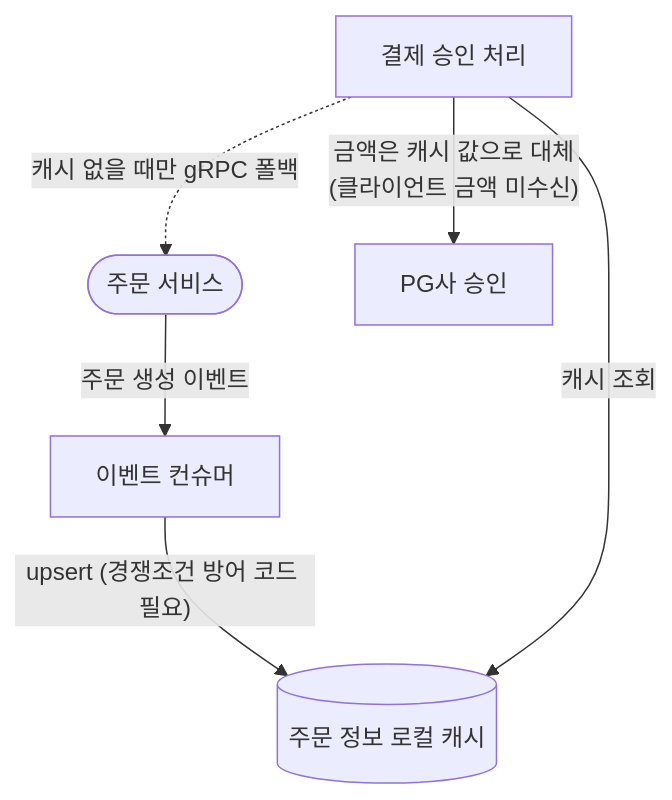
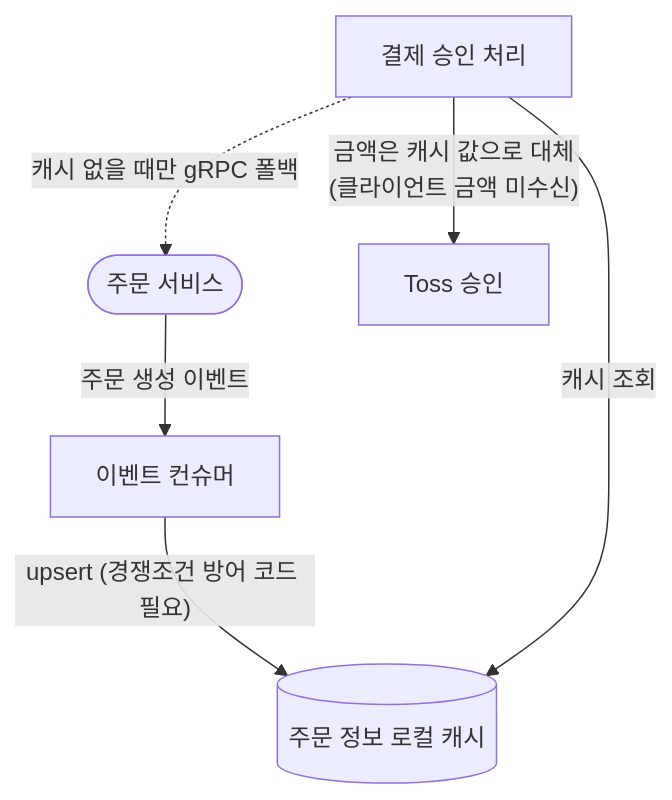
One commit to Jinpyo-An/Jinpyo-An.github.io changed the first of 2 diagrams in src/content/projects/project-1/troubleshooting/order-verification-cache-to-grpc/index.md. Above: the diagram before and after it, drawn with Mermaid. The commit also changed other lines of this file and 5 other files, not shown here.

````diff
--- a/src/content/projects/project-1/troubleshooting/order-verification-cache-to-grpc/index.md
+++ b/src/content/projects/project-1/troubleshooting/order-verification-cache-to-grpc/index.md
@@ -25,8 +25,8 @@
 ```mermaid
 flowchart TB
     E1(["주문 서비스"]) -- "주문 생성 이벤트" --> C1["이벤트 컨슈머"]
     C1 -- "upsert (경쟁조건 방어 코드 필요)" --> S1[("주문 정보 로컬 캐시")]
     CF1["결제 승인 처리"] -- "캐시 조회" --> S1
     CF1 -. "캐시 없을 때만 gRPC 폴백" .-> E1
-    CF1 -- "금액은 캐시 값으로 대체\n(클라이언트 금액 미수신)" --> R1["PG사 승인"]
+    CF1 -- "금액은 캐시 값으로 대체\n(클라이언트 금액 미수신)" --> R1["Toss 승인"]
 ```
````
